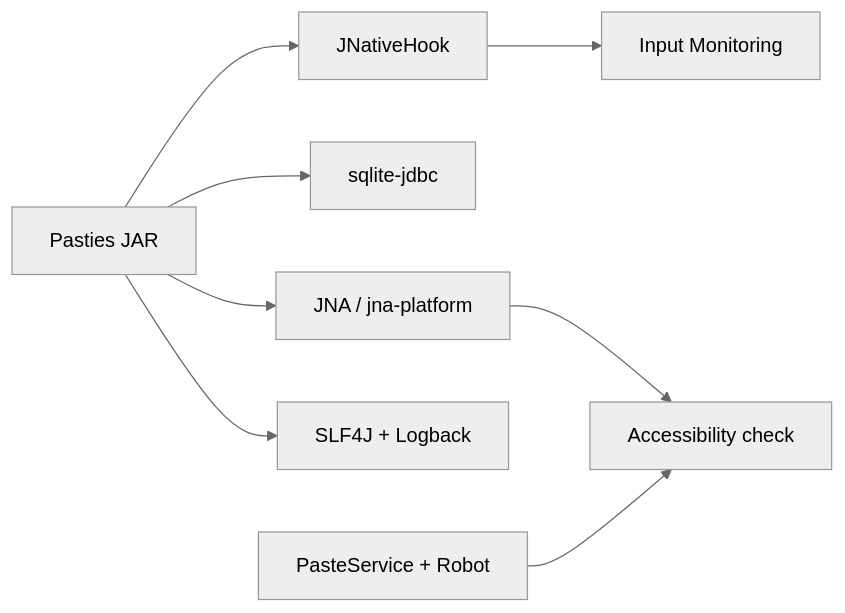
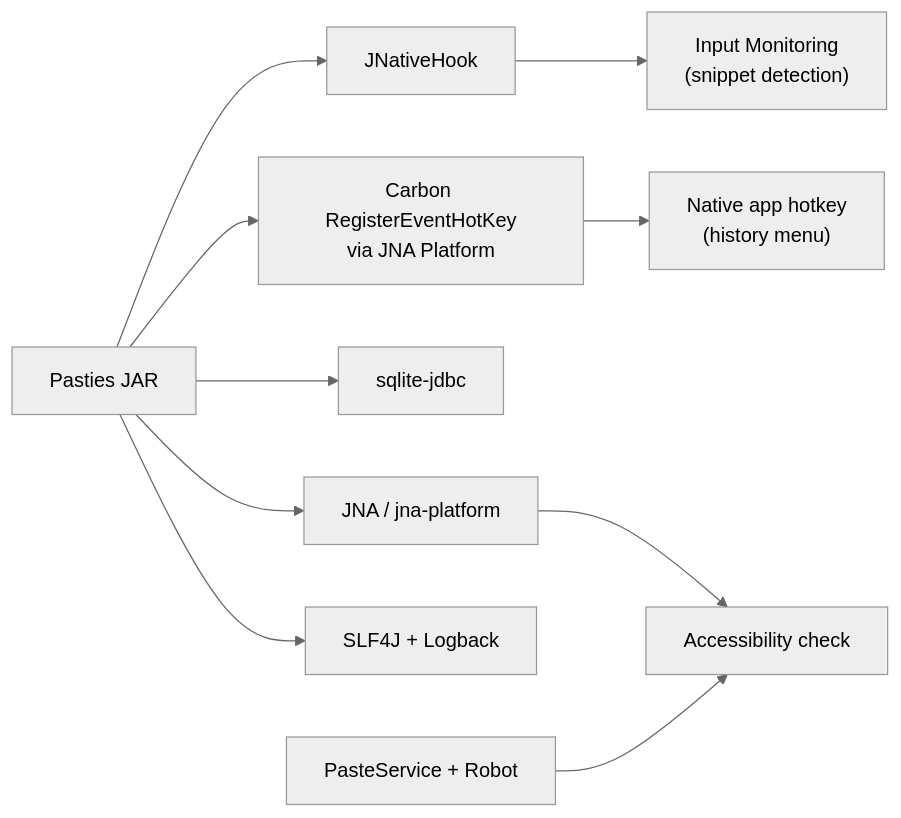
Before and after one commit to Meghna2528/Pasties: the fifth of 5 diagrams in README.md, drawn with Mermaid (neutral theme). The commit also changed other lines of this file and 9 other files, not shown here.

````diff
--- a/README.md
+++ b/README.md
@@ -545,12 +563,14 @@
 ```mermaid
 flowchart LR
     Pasties["Pasties JAR"]
     Pasties --> JNH["JNativeHook"]
+    Pasties --> Carbon["Carbon RegisterEventHotKey<br/>via JNA Platform"]
     Pasties --> JDBC["sqlite-jdbc"]
     Pasties --> JNA["JNA / jna-platform"]
     Pasties --> Log["SLF4J + Logback"]
 
-    JNH --> macPerm1["Input Monitoring"]
+    JNH --> macPerm1["Input Monitoring<br/>(snippet detection)"]
+    Carbon --> macHotkey["Native app hotkey<br/>(history menu)"]
     JNA --> macPerm2["Accessibility check"]
     Paste["PasteService + Robot"] --> macPerm2
 ```
````
